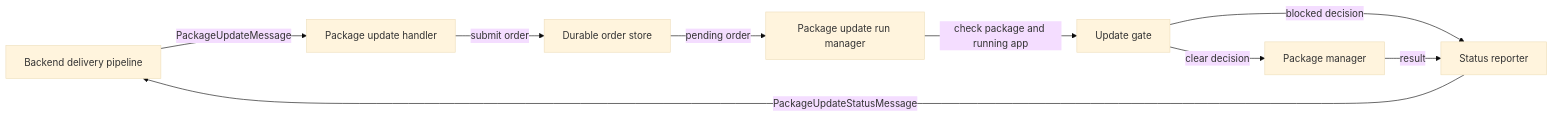
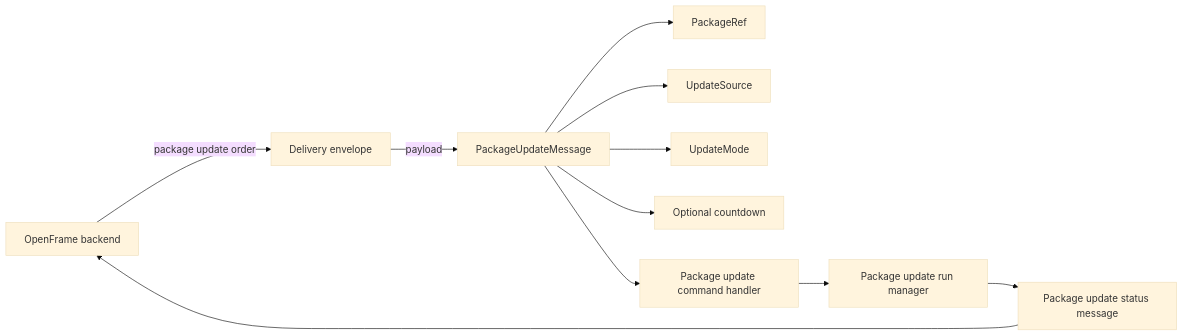
One commit to flamingo-stack/openframe-oss-tenant changed the first of 3 diagrams in docs/reference/architecture/openframe-client-core/model-package-update/model-package-update.md. Above: the diagram before and after it, drawn with Mermaid (base theme). The commit also changed other lines of this file and 2377 other files, not shown here.

````diff
--- a/docs/reference/architecture/openframe-client-core/model-package-update/model-package-update.md
+++ b/docs/reference/architecture/openframe-client-core/model-package-update/model-package-update.md
@@ -67,11 +21,13 @@
 ```mermaid
 flowchart LR
-    Backend["Backend delivery pipeline"] -->|"PackageUpdateMessage"| Listener["Package update handler"]
-    Listener -->|"submit order"| Orders["Durable order store"]
-    Orders -->|"pending order"| Runner["Package update run manager"]
-    Runner -->|"check package and running app"| Gate["Update gate"]
-    Gate -->|"clear decision"| Manager["Package manager"]
-    Gate -->|"blocked decision"| Reporter["Status reporter"]
-    Manager -->|"result"| Reporter
-    Reporter -->|"PackageUpdateStatusMessage"| Backend
+    Backend["OpenFrame backend"] -->|"package update order"| Delivery["Delivery envelope"]
+    Delivery -->|"payload"| Message["PackageUpdateMessage"]
+    Message --> Package["PackageRef"]
+    Message --> Source["UpdateSource"]
+    Message --> Mode["UpdateMode"]
+    Message --> Countdown["Optional countdown"]
+    Message --> Handler["Package update command handler"]
+    Handler --> Runner["Package update run manager"]
+    Runner --> Status["Package update status message"]
+    Status --> Backend
 ```
````
